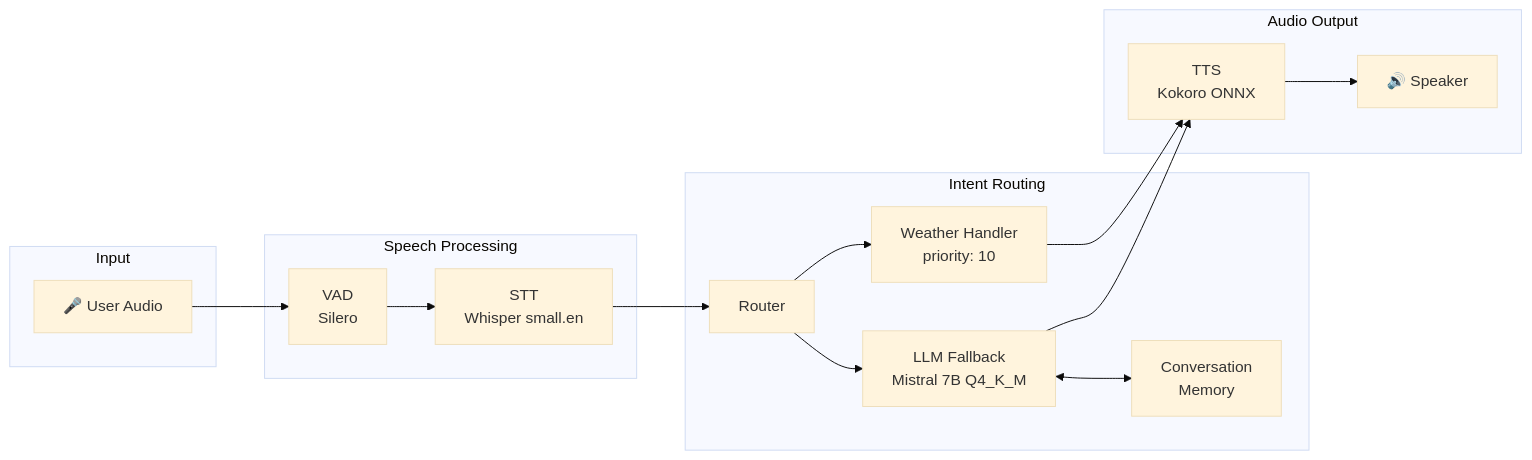
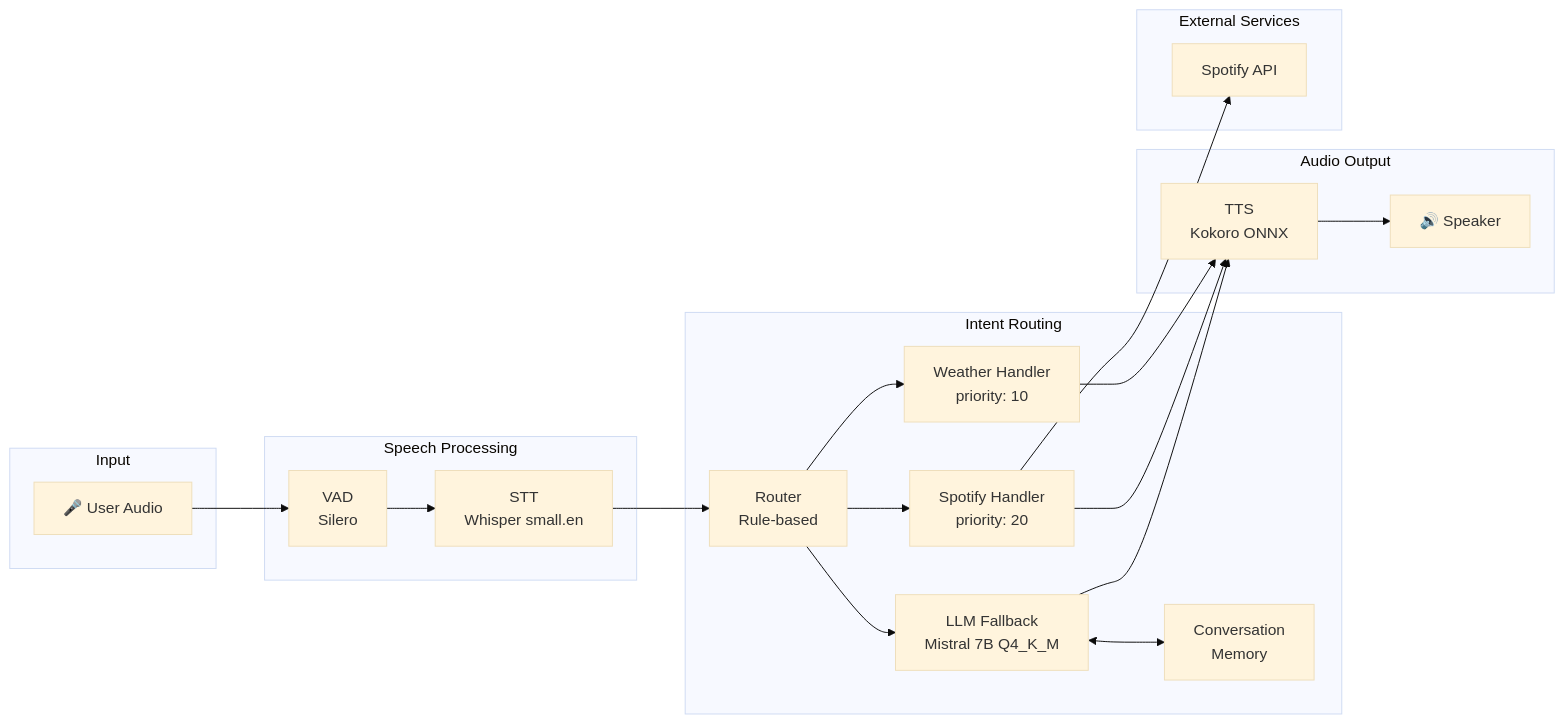
One commit to VigneshSrinivasan10/vigneshsrinivasan10.github.io changed the diagram in _posts/2026-01-31-voice-assistant-architecture.md. Above: the diagram before and after it, drawn with Mermaid (base theme). The commit also changed other lines of this file, not shown here.

First line of the commit message:
Elaborate architecture diagram and router section

````diff
--- a/_posts/2026-01-31-voice-assistant-architecture.md
+++ b/_posts/2026-01-31-voice-assistant-architecture.md
@@ -34,29 +34,36 @@
 ```mermaid
 flowchart LR
     subgraph Input
         A[🎤 User Audio]
     end
 
     subgraph "Speech Processing"
         B[VAD<br/>Silero]
         C[STT<br/>Whisper small.en]
     end
 
     subgraph "Intent Routing"
-        D[Router]
+        D[Router<br/>Rule-based]
         E[Weather Handler<br/>priority: 10]
+        S[Spotify Handler<br/>priority: 20]
         F[LLM Fallback<br/>Mistral 7B Q4_K_M]
         G[Conversation<br/>Memory]
     end
 
     subgraph "Audio Output"
         H[TTS<br/>Kokoro ONNX]
         I[🔊 Speaker]
     end
 
+    subgraph "External Services"
+        SP[Spotify API]
+    end
+
     A --> B --> C --> D
     D --> E --> H
+    D --> S --> SP
+    S --> H
     D --> F --> H
     F <--> G
     H --> I
 ```
````
